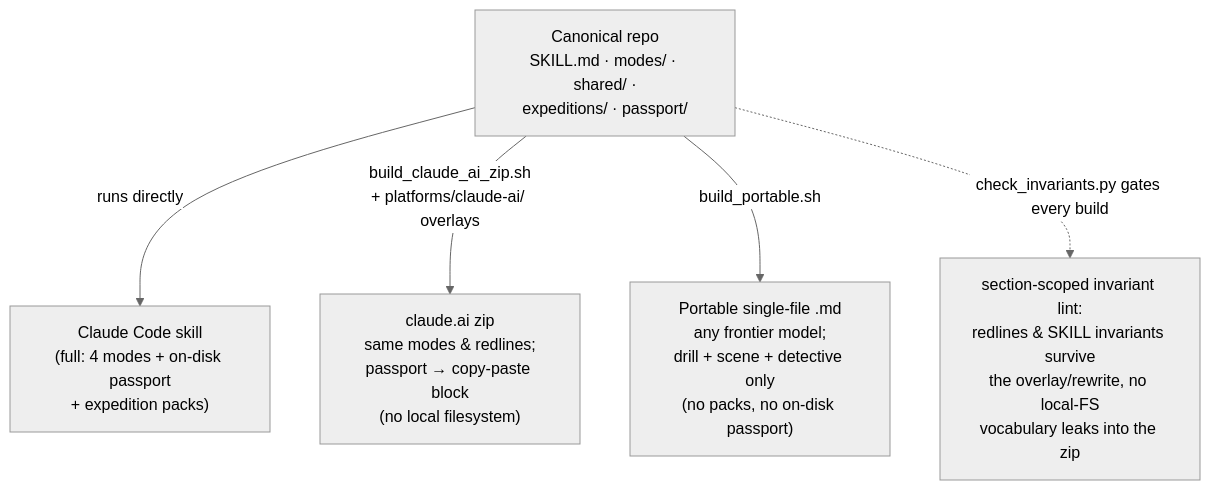
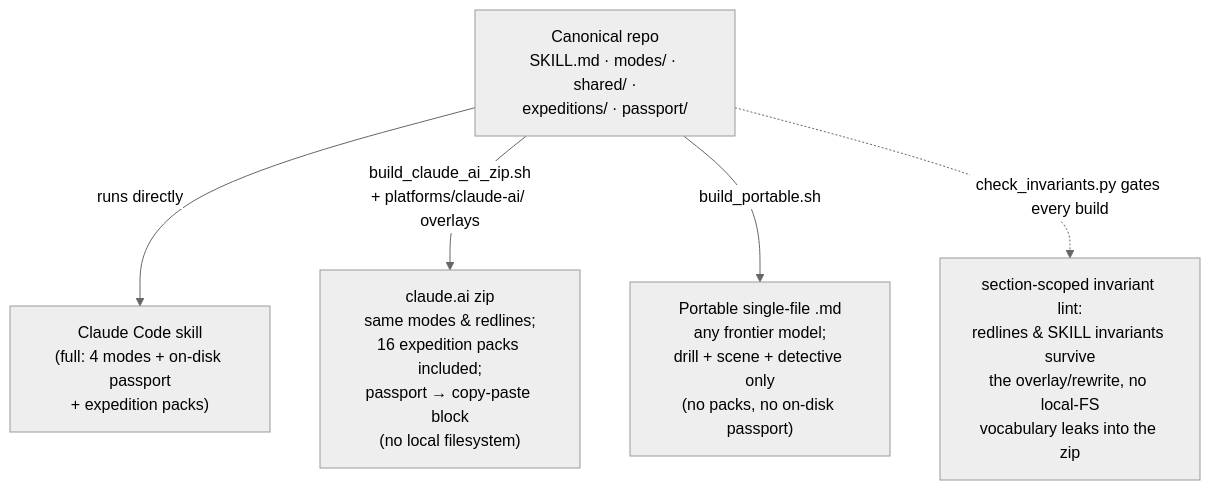
One commit to Imbad0202/critical-thinking-for-humans changed the sixth of 6 diagrams in docs/ARCHITECTURE.md. Above: the diagram before and after it, drawn with Mermaid (neutral theme). The commit also changed other lines of this file and 12 other files, not shown here.

````diff
--- a/docs/ARCHITECTURE.md
+++ b/docs/ARCHITECTURE.md
@@ -205,12 +205,12 @@
 ```mermaid
 flowchart TD
     Canonical["Canonical repo<br/>SKILL.md · modes/ · shared/ ·<br/>expeditions/ · passport/"]
 
     Canonical -->|"runs directly"| CC["Claude Code skill<br/>(full: 4 modes + on-disk passport<br/>+ expedition packs)"]
 
-    Canonical -->|"build_claude_ai_zip.sh<br/>+ platforms/claude-ai/ overlays"| Zip["claude.ai zip<br/>same modes & redlines;<br/>passport → copy-paste block<br/>(no local filesystem)"]
+    Canonical -->|"build_claude_ai_zip.sh<br/>+ platforms/claude-ai/ overlays"| Zip["claude.ai zip<br/>same modes & redlines;<br/>16 expedition packs included;<br/>passport → copy-paste block<br/>(no local filesystem)"]
 
     Canonical -->|"build_portable.sh"| Port["Portable single-file .md<br/>any frontier model;<br/>drill + scene + detective only<br/>(no packs, no on-disk passport)"]
 
     Canonical -.->|"check_invariants.py gates every build"| Gate["section-scoped invariant lint:<br/>redlines & SKILL invariants survive<br/>the overlay/rewrite, no local-FS<br/>vocabulary leaks into the zip"]
 ```
````
